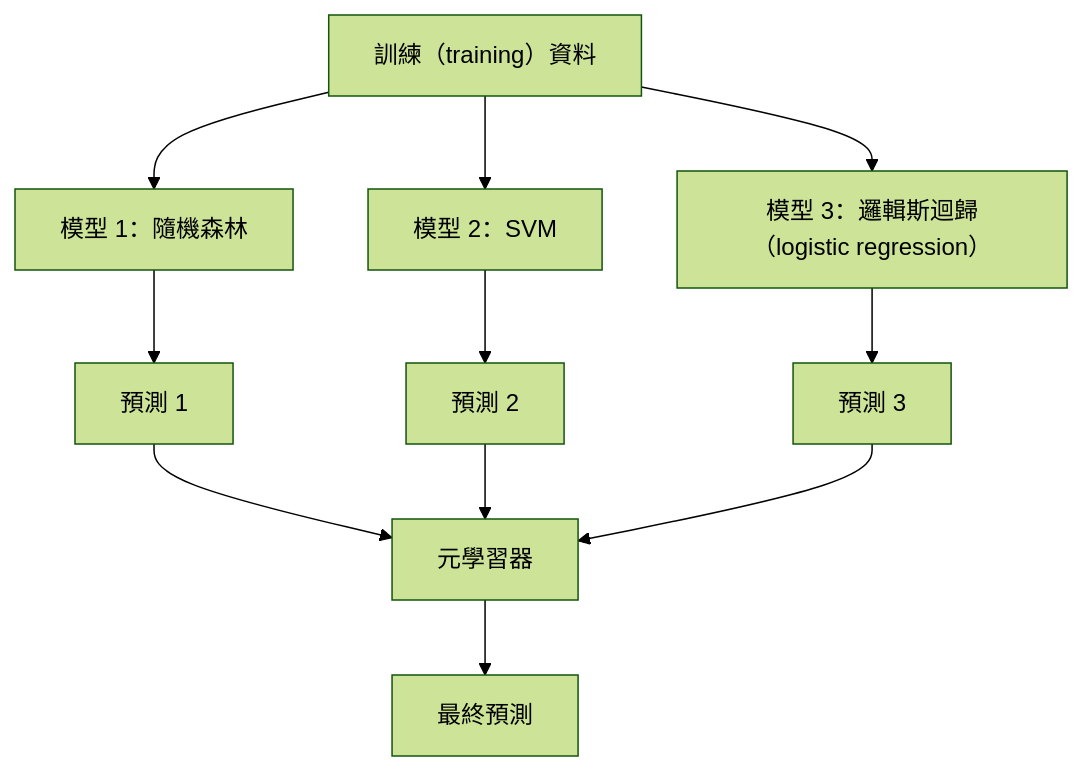
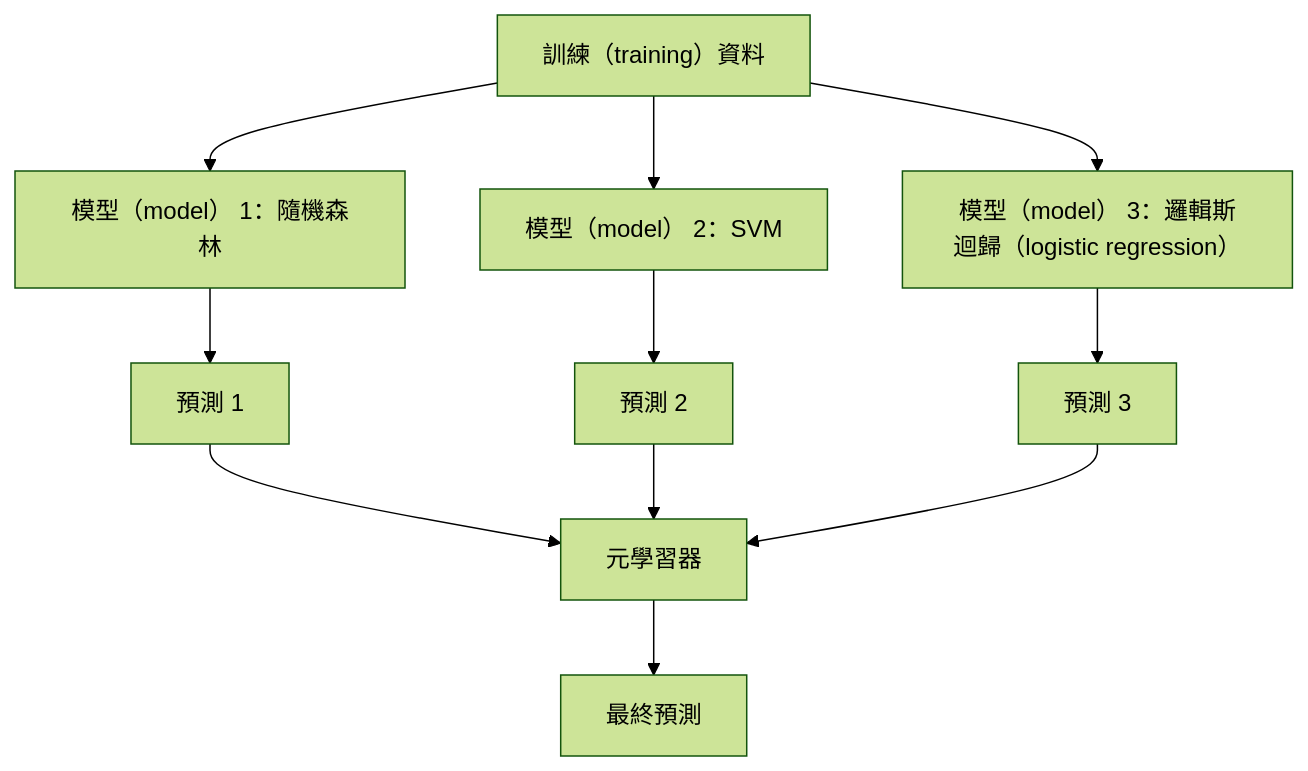
The third of 3 diagrams in i18n/zh-TW/phases/02-ml-fundamentals/11-ensemble-methods/docs/zh-TW.md (edward821220/ai-engineering-from-scratch), drawn with Mermaid (forest theme) before and after one commit. The commit also changed other lines of this file and 87 other files, not shown here.

````diff
--- a/i18n/zh-TW/phases/02-ml-fundamentals/11-ensemble-methods/docs/zh-TW.md
+++ b/i18n/zh-TW/phases/02-ml-fundamentals/11-ensemble-methods/docs/zh-TW.md
@@ -156,16 +156,16 @@
 ```mermaid
 flowchart TD
-    D[訓練（training）資料] --> M1[模型 1：隨機森林]
-    D --> M2[模型 2：SVM]
-    D --> M3[模型 3：邏輯斯迴歸（logistic regression）]
+    D[訓練（training）資料] --> M1[模型（model） 1：隨機森林]
+    D --> M2[模型（model） 2：SVM]
+    D --> M3[模型（model） 3：邏輯斯迴歸（logistic regression）]
 
     M1 --> P1[預測 1]
     M2 --> P2[預測 2]
     M3 --> P3[預測 3]
 
     P1 --> META[元學習器]
     P2 --> META
     P3 --> META
 
     META --> F[最終預測]
 ```
````
